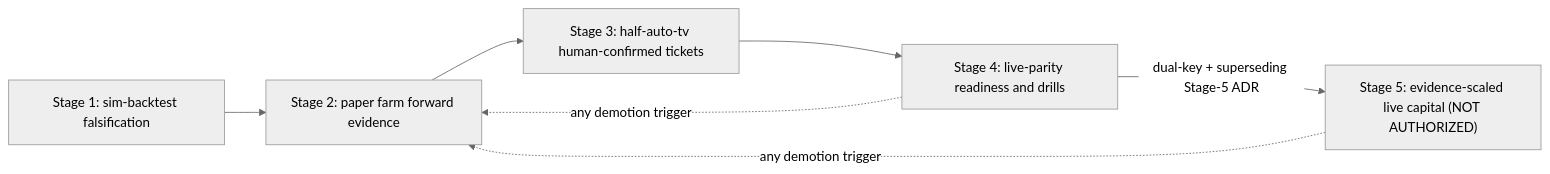
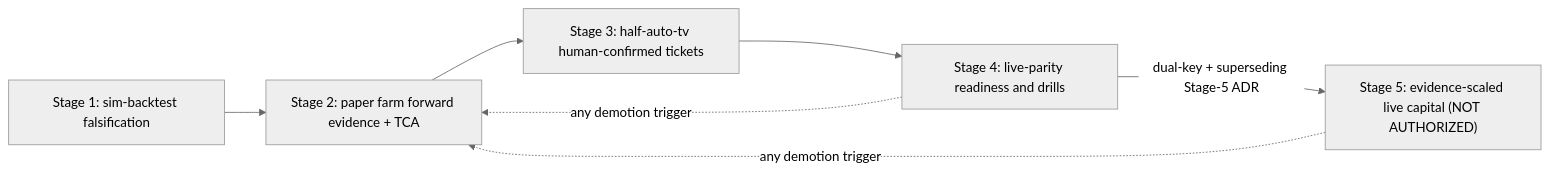
The diagram in docs/adr/ADR-0020.md (seathatflowsinourveins/noesis), drawn with Mermaid (neutral theme) before and after one commit. The commit also changed other lines of this file and 51 other files, not shown here.

````diff
--- a/docs/adr/ADR-0020.md
+++ b/docs/adr/ADR-0020.md
@@ -43,9 +84,9 @@
 ```mermaid
 flowchart LR
-    S1["Stage 1: sim-backtest falsification"] --> S2["Stage 2: paper farm forward evidence"]
+    S1["Stage 1: sim-backtest falsification"] --> S2["Stage 2: paper farm forward evidence + TCA"]
     S2 --> S3["Stage 3: half-auto-tv human-confirmed tickets"]
     S3 --> S4["Stage 4: live-parity readiness and drills"]
     S4 -->|"dual-key + superseding Stage-5 ADR"| S5["Stage 5: evidence-scaled live capital (NOT AUTHORIZED)"]
     S5 -.->|"any demotion trigger"| S2
     S4 -.->|"any demotion trigger"| S2
 ```
````
